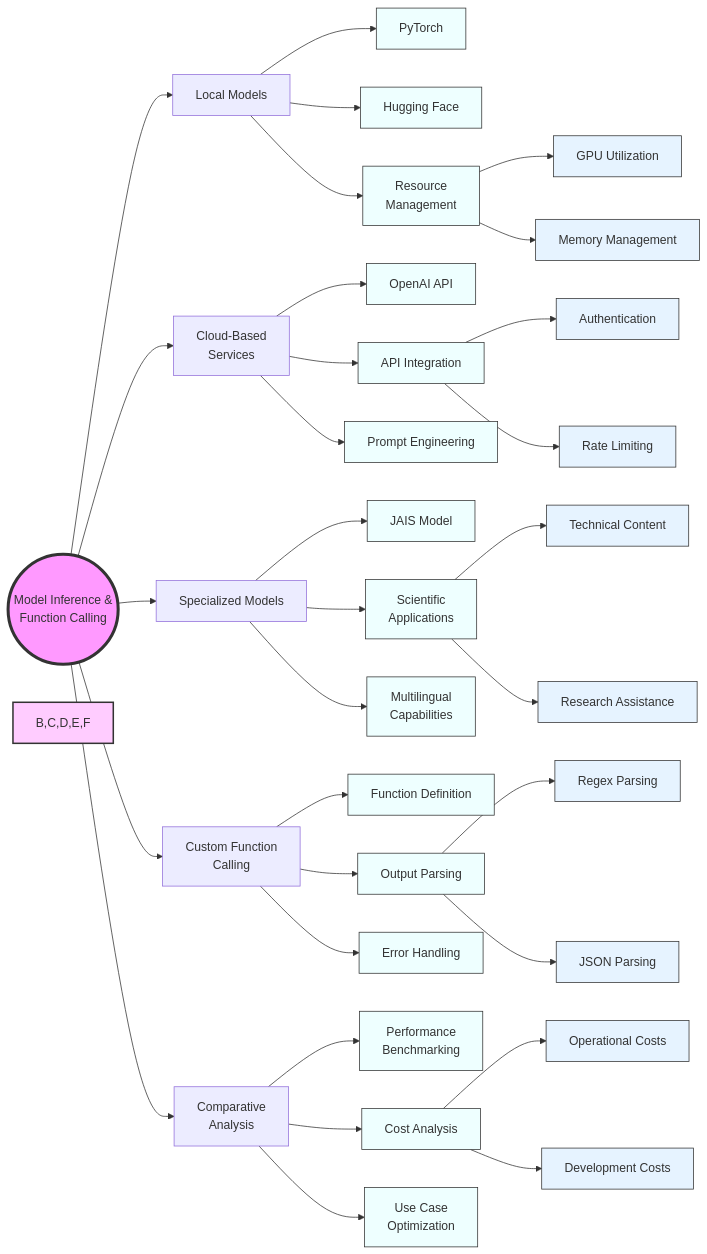
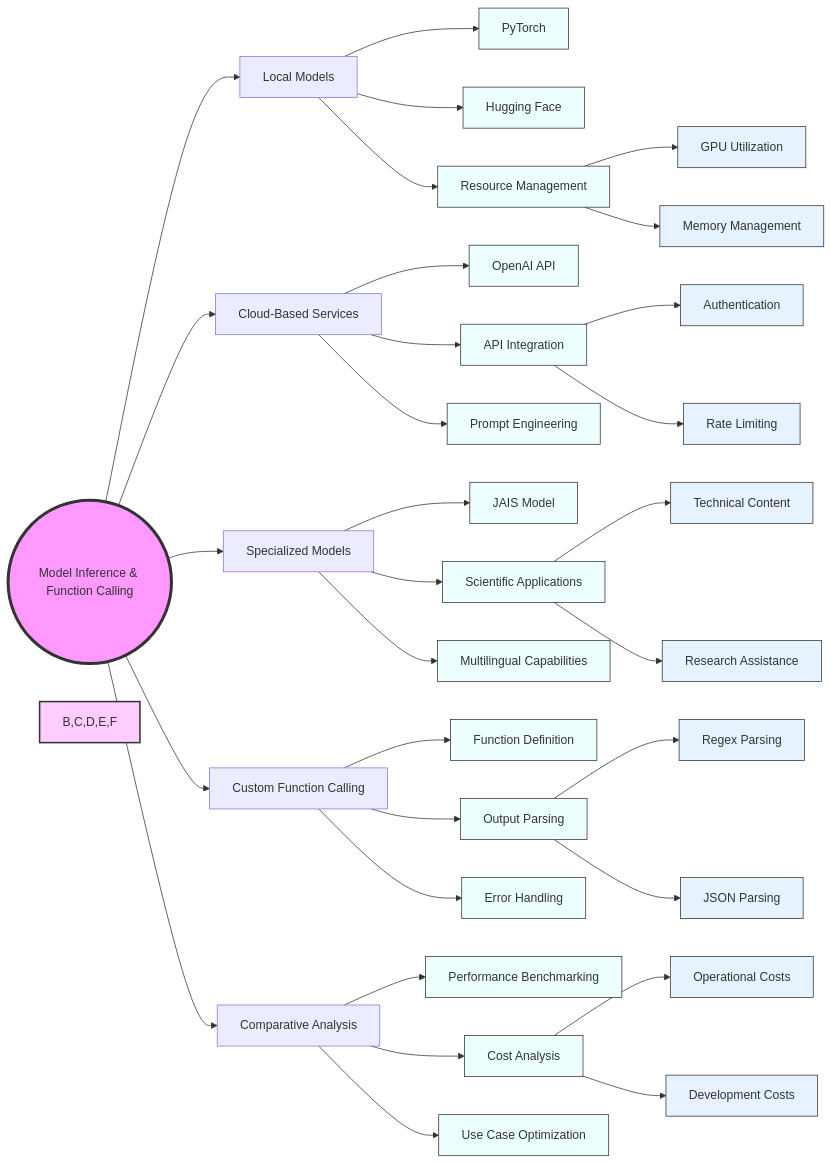
The second of 2 diagrams in notebooks/md/lesson_12_Model_Inference_and_Function_calling.md (chenxingqiang/llm-course-chen), drawn with Mermaid before and after one commit. The commit also changed 98 other files, not shown here.

````diff
--- a/notebooks/md/lesson_12_Model_Inference_and_Function_calling.md
+++ b/notebooks/md/lesson_12_Model_Inference_and_Function_calling.md
@@ -816,56 +816,56 @@
 ```mermaid
 graph LR
-    A(("Model Inference &<br/>Function Calling"))
+    A(("Model Inference & Function Calling"))
     
     B["Local Models"]
-    C["Cloud-Based<br/>Services"]
+    C["Cloud-Based Services"]
     D["Specialized Models"]
-    E["Custom Function<br/>Calling"]
-    F["Comparative<br/>Analysis"]
+    E["Custom Function Calling"]
+    F["Comparative Analysis"]
     
     A --> B & C & D & E & F
     
     B --> B1["PyTorch"]
     B --> B2["Hugging Face"]
-    B --> B3["Resource<br/>Management"]
+    B --> B3["Resource Management"]
     
     C --> C1["OpenAI API"]
     C --> C2["API Integration"]
     C --> C3["Prompt Engineering"]
     
     D --> D1["JAIS Model"]
-    D --> D2["Scientific<br/>Applications"]
-    D --> D3["Multilingual<br/>Capabilities"]
+    D --> D2["Scientific Applications"]
+    D --> D3["Multilingual Capabilities"]
     
     E --> E1["Function Definition"]
     E --> E2["Output Parsing"]
     E --> E3["Error Handling"]
     
-    F --> F1["Performance<br/>Benchmarking"]
+    F --> F1["Performance Benchmarking"]
     F --> F2["Cost Analysis"]
-    F --> F3["Use Case<br/>Optimization"]
+    F --> F3["Use Case Optimization"]
     
     B3 --> B3a["GPU Utilization"]
     B3 --> B3b["Memory Management"]
     
     C2 --> C2a["Authentication"]
     C2 --> C2b["Rate Limiting"]
     
     D2 --> D2a["Technical Content"]
     D2 --> D2b["Research Assistance"]
     
     E2 --> E2a["Regex Parsing"]
     E2 --> E2b["JSON Parsing"]
     
     F2 --> F2a["Operational Costs"]
     F2 --> F2b["Development Costs"]
 
     style A fill:#f9f,stroke:#333,stroke-width:4px
     style B,C,D,E,F fill:#fcf,stroke:#333,stroke-width:2px
     
     classDef subTopic fill:#eff,stroke:#333,stroke-width:1px
     class B1,B2,B3,C1,C2,C3,D1,D2,D3,E1,E2,E3,F1,F2,F3 subTopic
     
     classDef subSubTopic fill:#e6f3ff,stroke:#333,stroke-width:1px
     class B3a,B3b,C2a,C2b,D2a,D2b,E2a,E2b,F2a,F2b subSubTopic
 ```
````
